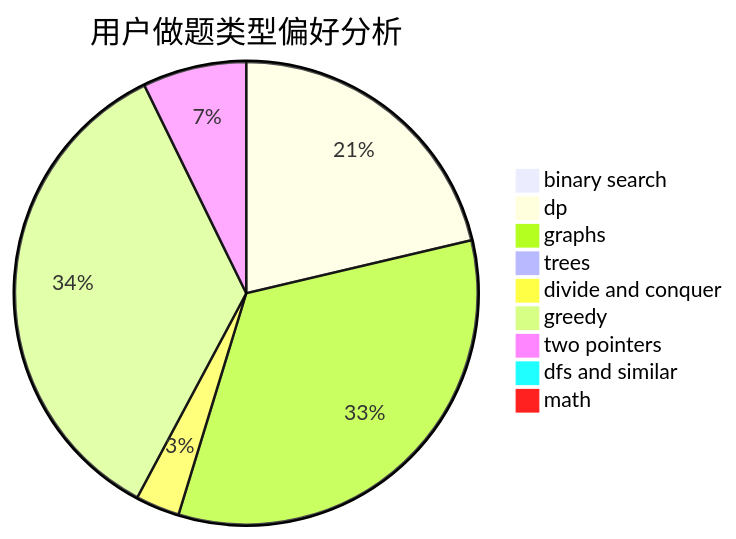
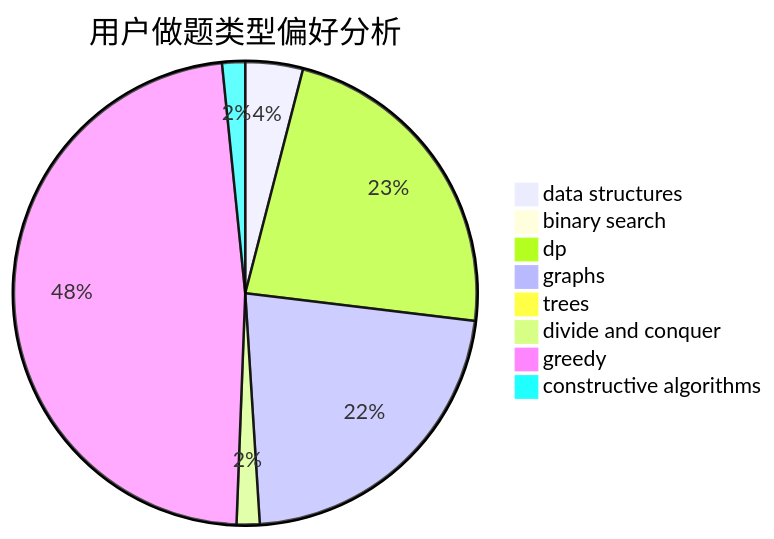
The second of 3 diagrams in docs/user/u803.md (sherpahu/cfrs.github.io), drawn with Mermaid before and after one commit. The commit also changed other lines of this file and 2775 other files, not shown here.

````diff
--- a/docs/user/u803.md
+++ b/docs/user/u803.md
@@ -23,12 +23,11 @@
 ```mermaid
 pie title 用户做题类型偏好分析
-    "binary search" :  3
-    "dp" :  97
-    "graphs" :  152
+    "data structures" :  10
+    "binary search" :  0
+    "dp" :  57
+    "graphs" :  55
     "trees" :  0
-    "divide and conquer" :  14
-    "greedy" :  159
-    "two pointers" :  33
-    "dfs and similar" :  2
-    "math" :  2
+    "divide and conquer" :  4
+    "greedy" :  119
+    "constructive algorithms" :  4
 ```
````
